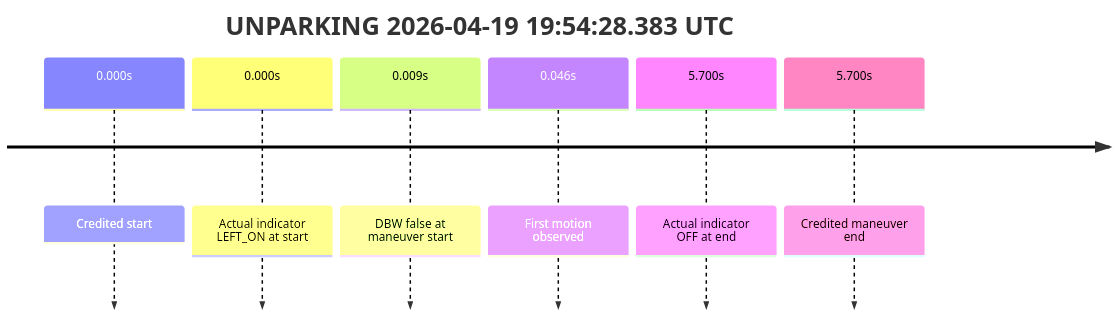
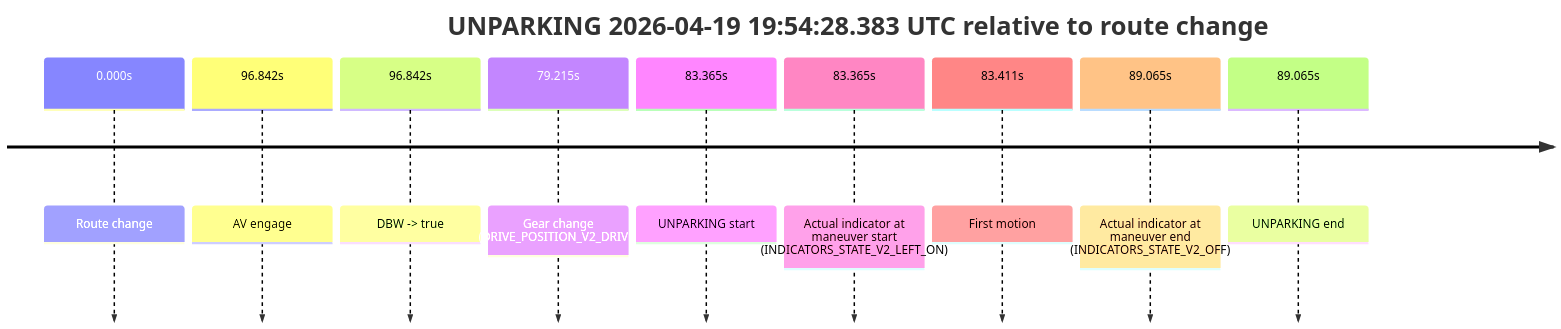
The ninth of 9 diagrams in model_analysis/report_cards/2026/04/Week-3/fme10003--2026-04-19--19-01-24--gen2-av-d03ace5e-a7f3-4575-b52f-a52764f5c68b.md (yoelshapiro/vault), drawn with Mermaid before and after one commit. The commit also changed other lines of this file and 40 other files, not shown here.

````diff
--- a/model_analysis/report_cards/2026/04/Week-3/fme10003--2026-04-19--19-01-24--gen2-av-d03ace5e-a7f3-4575-b52f-a52764f5c68b.md
+++ b/model_analysis/report_cards/2026/04/Week-3/fme10003--2026-04-19--19-01-24--gen2-av-d03ace5e-a7f3-4575-b52f-a52764f5c68b.md
@@ -339,10 +718,13 @@
 ```mermaid
 timeline
-    title UNPARKING 2026-04-19 19:54:28.383 UTC
-    0.000s : Credited start
-    0.000s : Actual indicator LEFT_ON at start
-    0.009s : DBW false at maneuver start
-    0.046s : First motion observed
-    5.700s : Actual indicator OFF at end
-    5.700s : Credited maneuver end
+    title UNPARKING 2026-04-19 19:54:28.383 UTC relative to route change
+    0.000s : Route change
+    96.842s : AV engage
+    96.842s : DBW -> true
+    79.215s : Gear change (DRIVE_POSITION_V2_DRIVE)
+    83.365s : UNPARKING start
+    83.365s : Actual indicator at maneuver start (INDICATORS_STATE_V2_LEFT_ON)
+    83.411s : First motion
+    89.065s : Actual indicator at maneuver end (INDICATORS_STATE_V2_OFF)
+    89.065s : UNPARKING end
 ```
````
